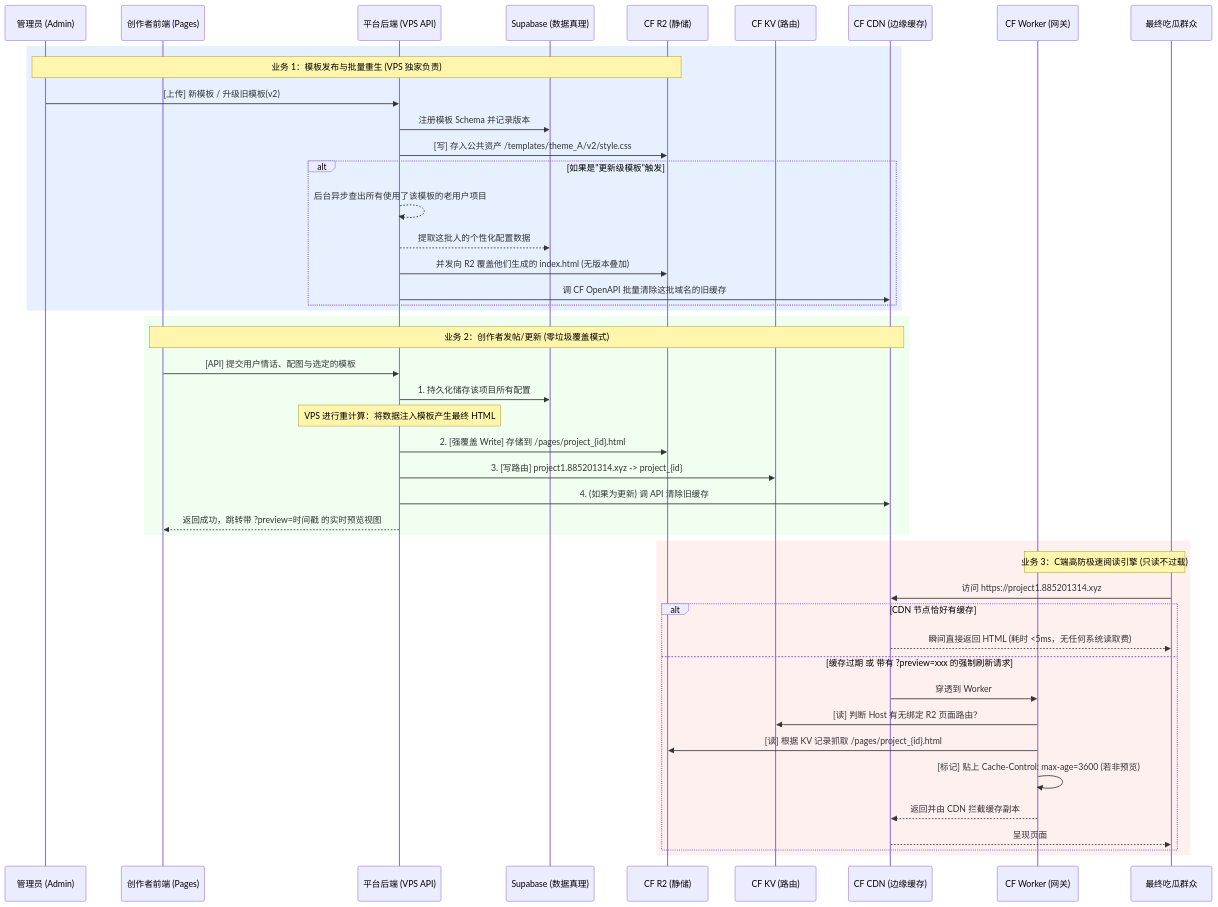
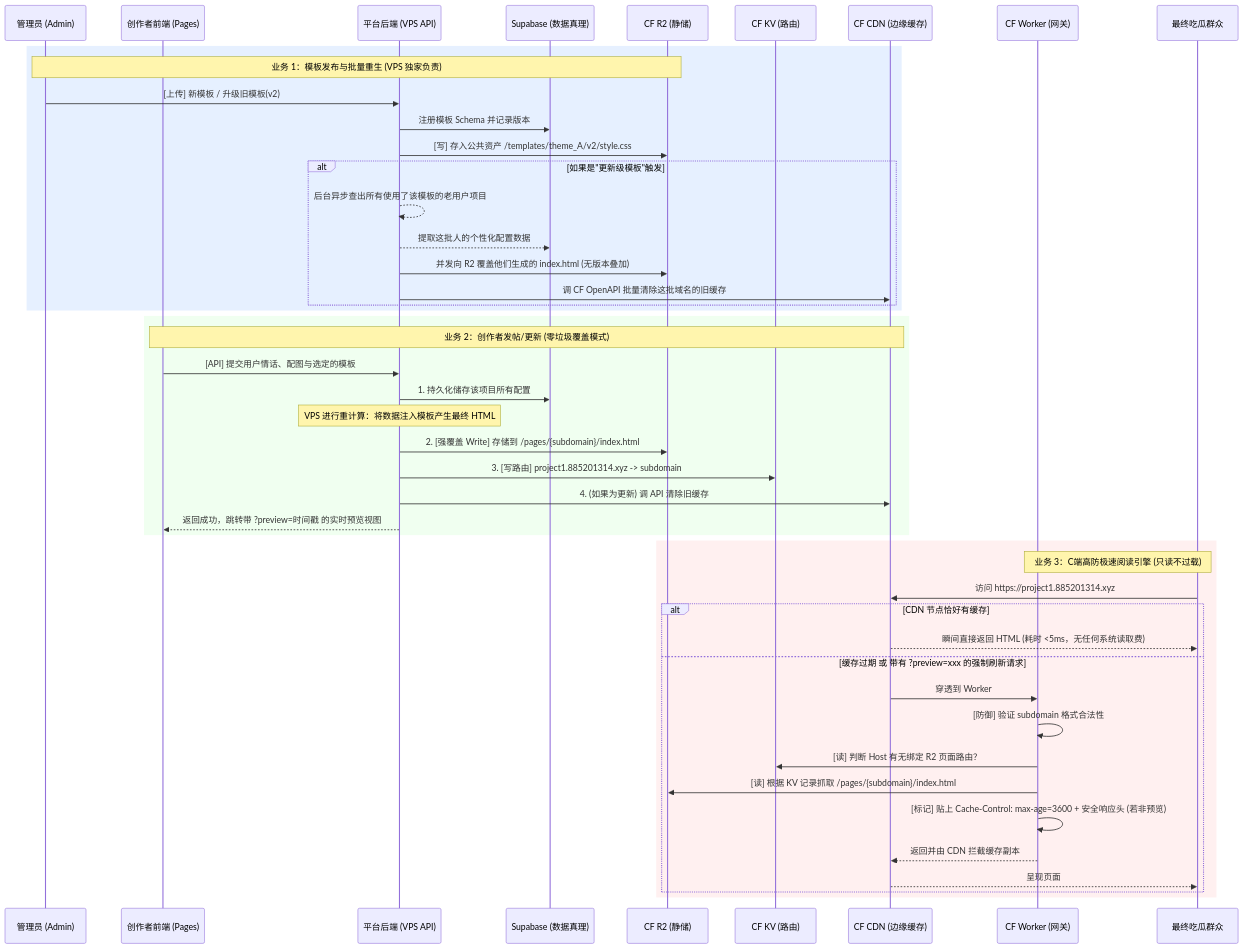
The diagram in architecture-cqrs-plan.md (XShen-Jason/RomanceSpace-Docs), drawn with Mermaid before and after one commit. The commit also changed other lines of this file, not shown here.

Commit message:
docs: Refine the CQRS architecture plan document.

````diff
--- a/architecture-cqrs-plan.md
+++ b/architecture-cqrs-plan.md
@@ -56,55 +57,56 @@
 ```mermaid
 sequenceDiagram
     participant AD as 管理员 (Admin)
     participant PF as 创作者前端 (Pages)
     participant VPS as 平台后端 (VPS API)
     participant DB as Supabase (数据真理)
     participant R2 as CF R2 (静储)
     participant KV as CF KV (路由)
     participant CDN as CF CDN (边缘缓存)
     participant WK as CF Worker (网关)
     participant US as 最终吃瓜群众
 
     %% --------------- 核心业务 1：模板体系 -------------------
     rect rgb(230, 240, 255)
         Note over AD, R2: 业务 1：模板发布与批量重生 (VPS 独家负责)
         AD->>VPS: [上传] 新模板 / 升级旧模板(v2)
         VPS->>DB: 注册模板 Schema 并记录版本
         VPS->>R2: [写] 存入公共资产 /templates/theme_A/v2/style.css
         
         alt 如果是"更新级模板"触发
             VPS-->>VPS: 后台异步查出所有使用了该模板的老用户项目
             VPS-->>DB: 提取这批人的个性化配置数据
             VPS->>R2: 并发向 R2 覆盖他们生成的 index.html (无版本叠加)
             VPS->>CDN: 调 CF OpenAPI 批量清除这批域名的旧缓存
         end
     end
 
     %% --------------- 核心业务 2：用户建站 -------------------
     rect rgb(240, 255, 240)
         Note over PF, CDN: 业务 2：创作者发帖/更新 (零垃圾覆盖模式)
         PF->>VPS: [API] 提交用户情话、配图与选定的模板
         VPS->>DB: 1. 持久化储存该项目所有配置
         Note over VPS: VPS 进行重计算：将数据注入模板产生最终 HTML
-        VPS->>R2: 2. [强覆盖 Write] 存储到 /pages/project_{id}.html
-        VPS->>KV: 3. [写路由] project1.885201314.xyz -> project_{id} 
+        VPS->>R2: 2. [强覆盖 Write] 存储到 /pages/{subdomain}/index.html
+        VPS->>KV: 3. [写路由] project1.885201314.xyz -> subdomain
         VPS->>CDN: 4. (如果为更新) 调 API 清除旧缓存
         VPS-->>PF: 返回成功，跳转带 ?preview=时间戳 的实时预览视图
     end
 
     %% --------------- 核心业务 3：高并发看客 -------------------
     rect rgb(255, 240, 240)
         Note over US, WK: 业务 3：C端高防极速阅读引擎 (只读不过载)
         US->>CDN: 访问 https://project1.885201314.xyz
         alt CDN 节点恰好有缓存
             CDN-->>US: 瞬间直接返回 HTML (耗时 <5ms，无任何系统读取费)
         else 缓存过期 或 带有 ?preview=xxx 的强制刷新请求
             CDN->>WK: 穿透到 Worker
+            WK->>WK: [防御] 验证 subdomain 格式合法性
             WK->>KV: [读] 判断 Host 有无绑定 R2 页面路由？
-            WK->>R2: [读] 根据 KV 记录抓取 /pages/project_{id}.html
-            WK->>WK: [标记] 贴上 Cache-Control: max-age=3600 (若非预览)
+            WK->>R2: [读] 根据 KV 记录抓取 /pages/{subdomain}/index.html
+            WK->>WK: [标记] 贴上 Cache-Control: max-age=3600 + 安全响应头 (若非预览)
             WK-->>CDN: 返回并由 CDN 拦截缓存副本
             CDN-->>US: 呈现页面
         end
     end
 ```
````
